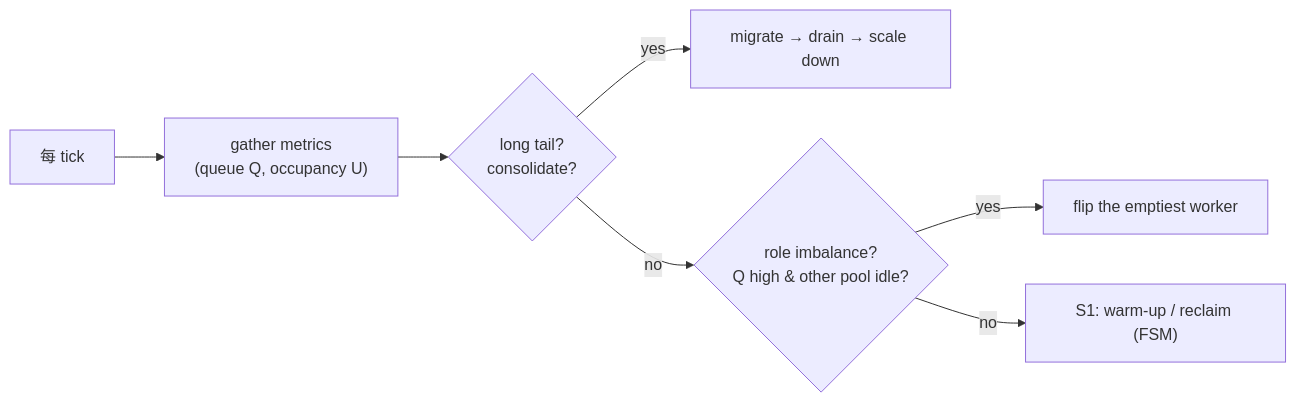
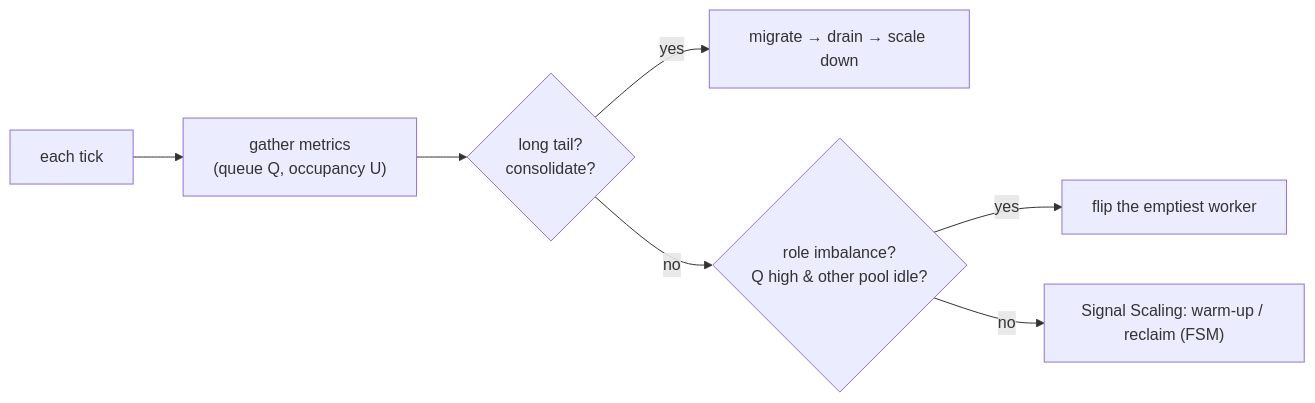
The second of 2 diagrams in README.md (shqizhang/RL-Scaling), drawn with Mermaid before and after one commit. The commit also changed other lines of this file and 1 other file, not shown here.

First line of the commit message:
docs: rename S1/S2/S3 to Signal Scaling / Role Switch / Consolidation in READMEs

````diff
--- a/README.md
+++ b/README.md
@@ -108,9 +108,9 @@
 ```mermaid
 flowchart LR
-    T["每 tick"] --> M["gather metrics<br/>(queue Q, occupancy U)"]
-    M --> S3{"long tail?<br/>consolidate?"}
-    S3 -->|yes| DO3["migrate → drain → scale down"]
-    S3 -->|no| S2{"role imbalance?<br/>Q high &amp; other pool idle?"}
-    S2 -->|yes| DO2["flip the emptiest worker"]
-    S2 -->|no| S1["S1: warm-up / reclaim (FSM)"]
+    T["each tick"] --> M["gather metrics<br/>(queue Q, occupancy U)"]
+    M --> C{"long tail?<br/>consolidate?"}
+    C -->|yes| DO3["migrate → drain → scale down"]
+    C -->|no| R{"role imbalance?<br/>Q high &amp; other pool idle?"}
+    R -->|yes| DO2["flip the emptiest worker"]
+    R -->|no| SC["Signal Scaling: warm-up / reclaim (FSM)"]
 ```
````
